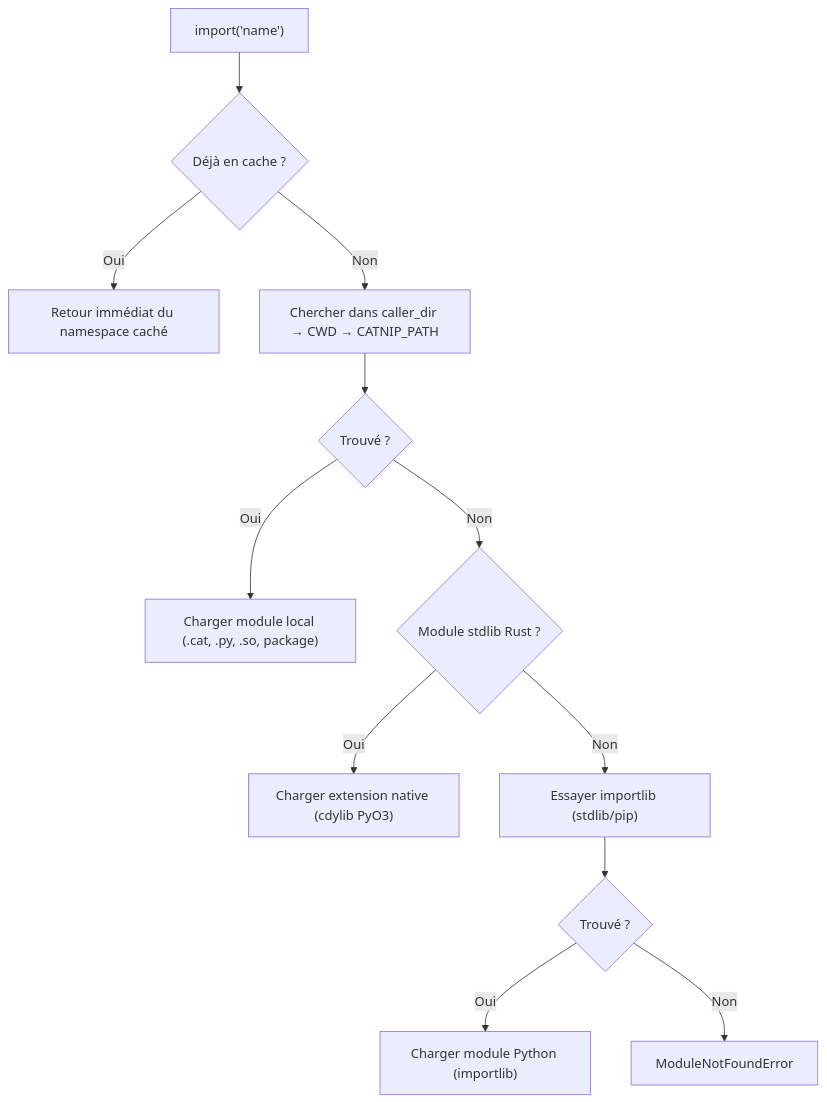
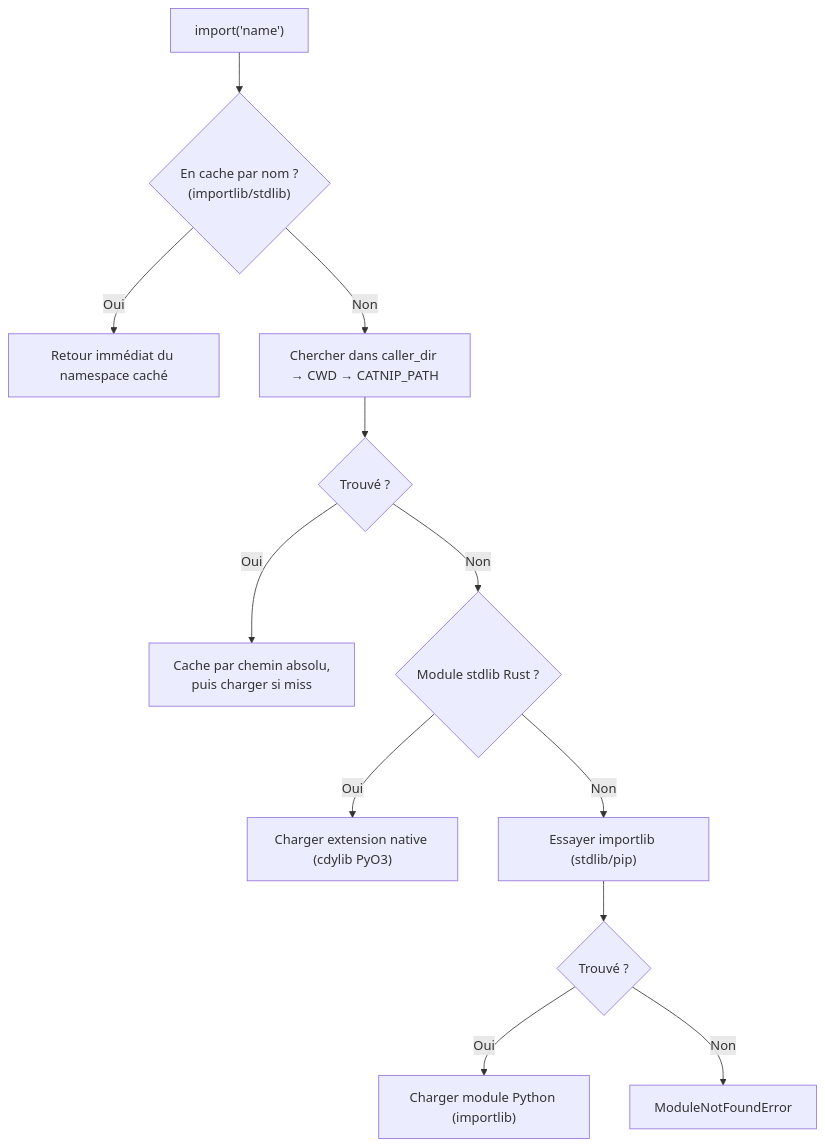
One commit to aristofor/catnip changed the first of 2 diagrams in docs/user/MODULE_LOADING.md. Above: the diagram before and after it, drawn with Mermaid. The commit also changed other lines of this file and 279 other files, not shown here.

````diff
--- a/docs/user/MODULE_LOADING.md
+++ b/docs/user/MODULE_LOADING.md
@@ -59,14 +81,14 @@
 ```mermaid
 flowchart TD
-    A["import('name')"] --> B{"Déjà en cache ?"}
+    A["import('name')"] --> B{"En cache par nom ?<br/>(importlib/stdlib)"}
     B -->|Oui| C["Retour immédiat du namespace caché"]
     B -->|Non| D["Chercher dans caller_dir → CWD → CATNIP_PATH"]
     D --> E{"Trouvé ?"}
-    E -->|Oui| F["Charger module local (.cat, .py, .so, package)"]
+    E -->|Oui| F["Cache par chemin absolu,<br/>puis charger si miss"]
     E -->|Non| B2{"Module stdlib Rust ?"}
     B2 -->|Oui| B3["Charger extension native (cdylib PyO3)"]
     B2 -->|Non| IL["Essayer importlib (stdlib/pip)"]
     IL --> IL2{"Trouvé ?"}
     IL2 -->|Oui| IL3["Charger module Python (importlib)"]
     IL2 -->|Non| ERR["ModuleNotFoundError"]
 ```
````
